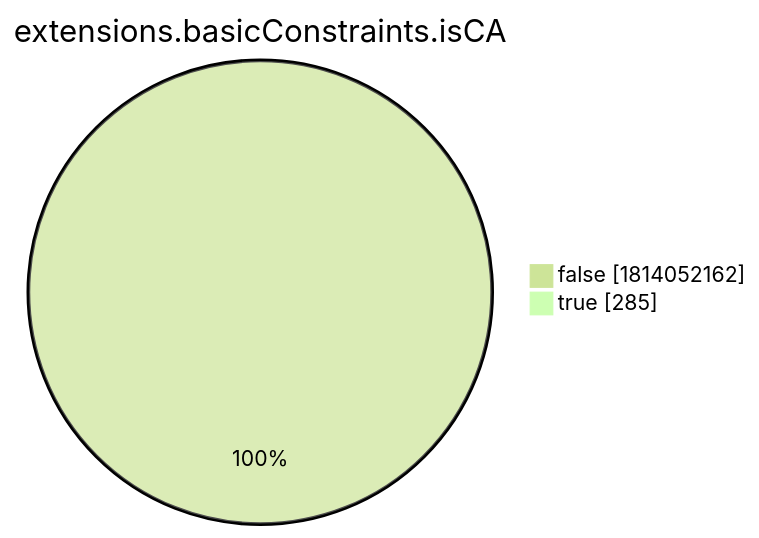
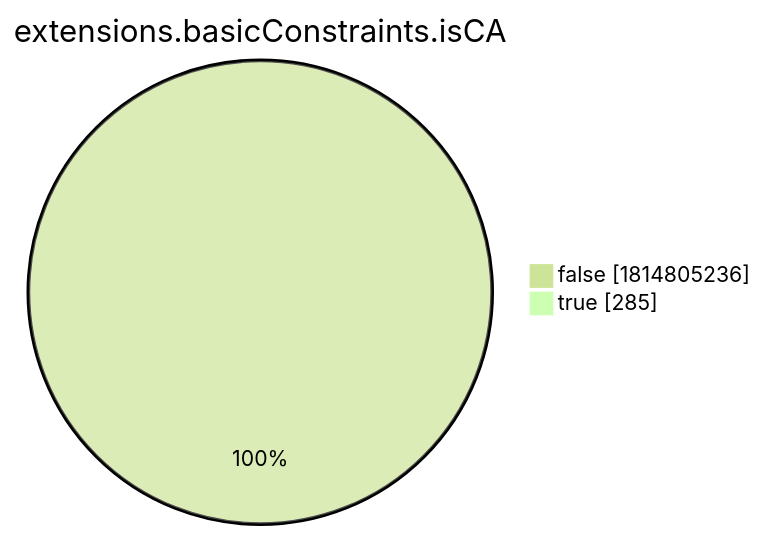
The eighth of 15 diagrams in xenon2022/README.md (christiankrug/ctmonitor_visualization), drawn with Mermaid (forest theme) before and after one commit. The commit also changed other lines of this file, not shown here.

````diff
--- a/xenon2022/README.md
+++ b/xenon2022/README.md
@@ -2868,6 +2868,6 @@
 ```mermaid
 pie showData
 title extensions.basicConstraints.isCA
-"false" :1814052162
+"false" :1814805236
 "true" :285
 ```
````
